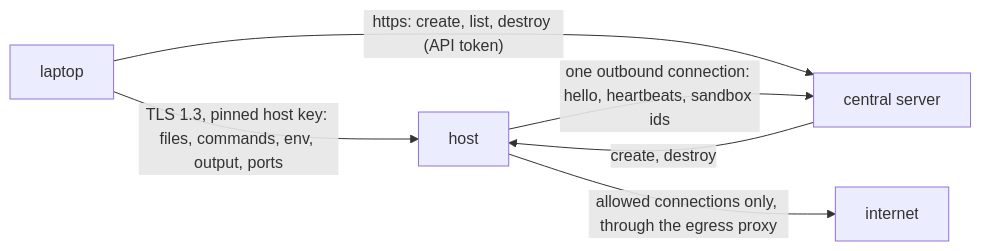
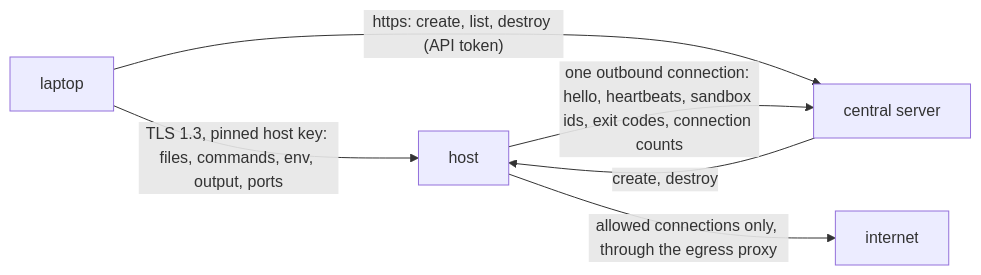
One commit to pyjeebz/ephemera changed the diagram in docs/security.mdx. Above: the diagram before and after it, drawn with Mermaid. The commit also changed other lines of this file and 3 other files, not shown here.

Commit message:
Document exit codes, connection counts and token last use

````diff
--- a/docs/security.mdx
+++ b/docs/security.mdx
@@ -9,8 +9,8 @@
 ```mermaid
 flowchart LR
   laptop -- "TLS 1.3, pinned host key: files, commands, env, output, ports" --> host
   laptop -- "https: create, list, destroy (API token)" --> cs[central server]
-  host -- "one outbound connection: hello, heartbeats, sandbox ids" --> cs
+  host -- "one outbound connection: hello, heartbeats, sandbox ids, exit codes, connection counts" --> cs
   cs -- "create, destroy" --> host
   host -- "allowed connections only, through the egress proxy" --> internet
 ```
````
